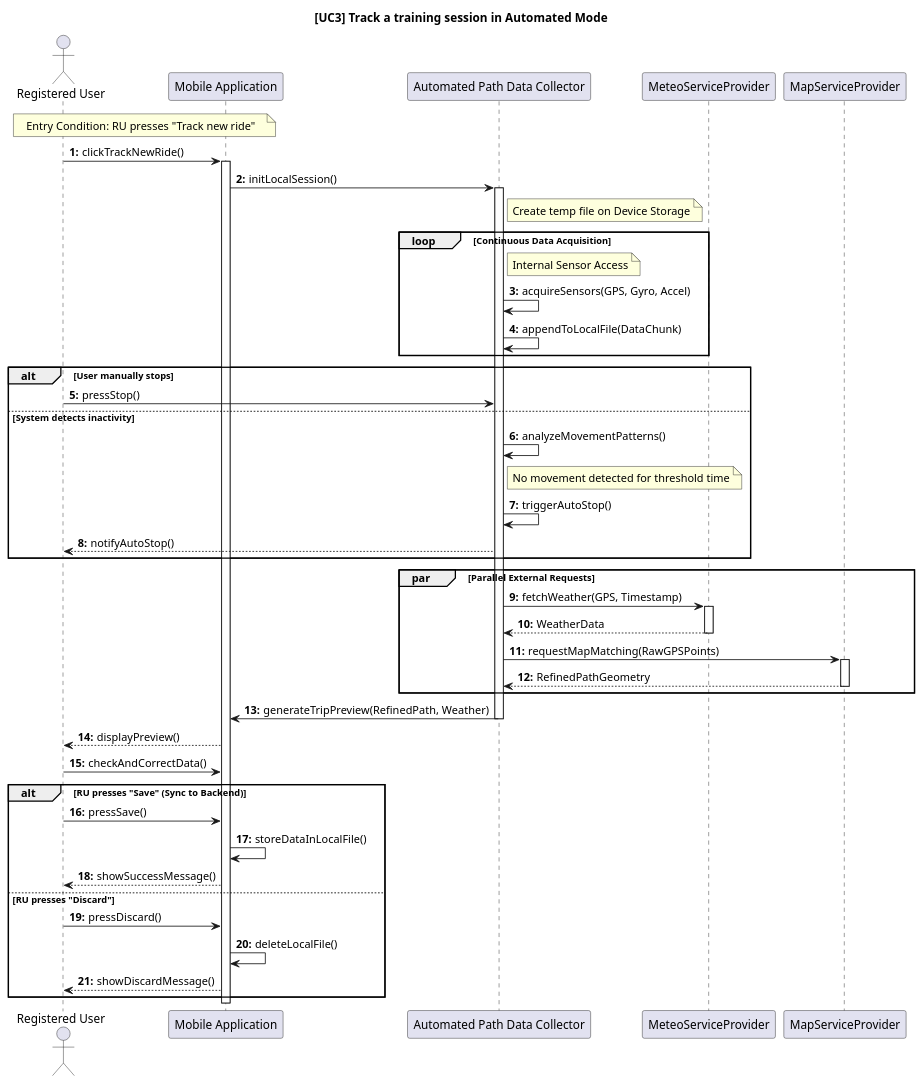
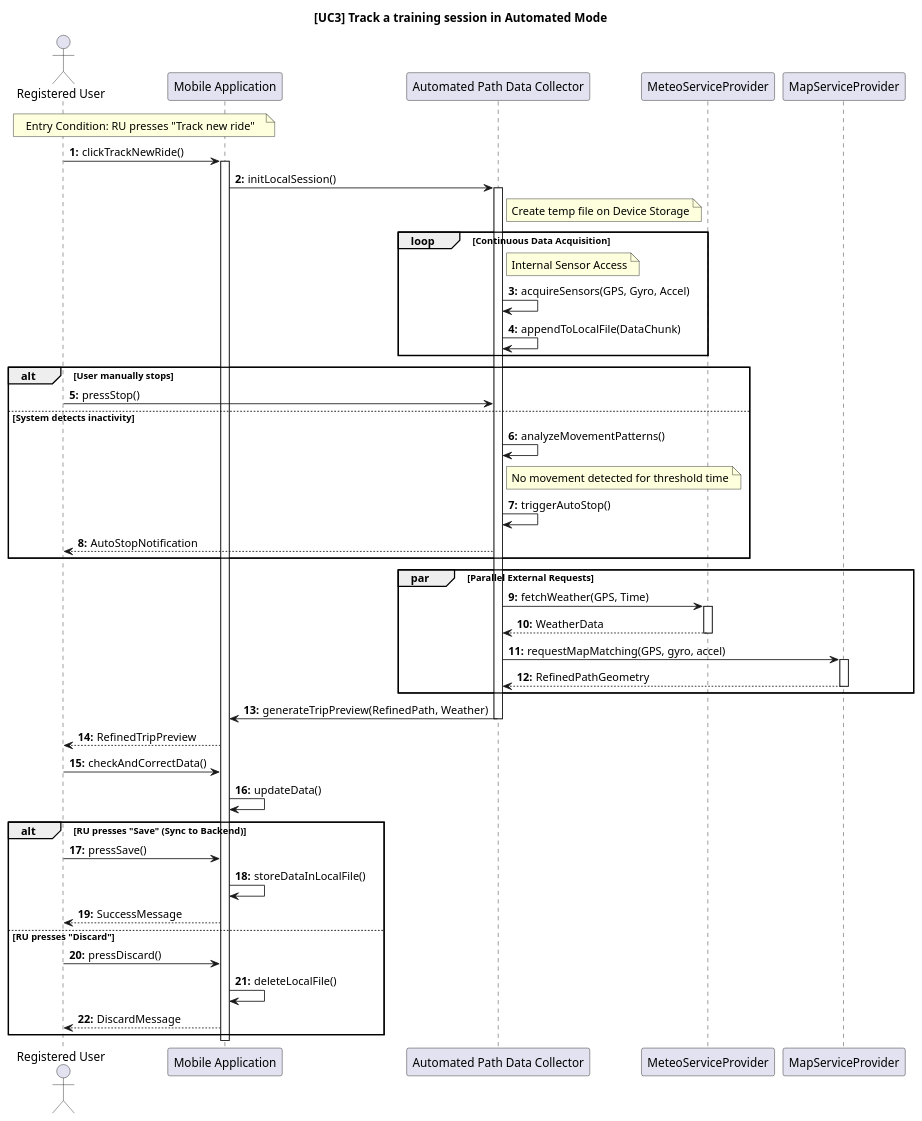
Before and after one commit to ilevinci/RubinoUvinsiVinciguerra: the diagram in DD/sequencediagrams/usecase3.puml, drawn with PlantUML. The commit also changed 8 other files, not shown here.

Commit message:
further refactoring of DD sequence diagrams, more consistency of return values

```diff
--- a/DD/sequencediagrams/usecase3.puml
+++ b/DD/sequencediagrams/usecase3.puml
@@ -1,96 +1,97 @@
 @startuml UC3_TrackAutomatedRide_Final
 autonumber "<b>0:"
 title [UC3] Track a training session in Automated Mode
 
 ' =======================================================
 ' COMPONENT DEFINITION
 ' =======================================================
 actor "Registered User" as RU
 participant "Mobile Application" as Client
 participant "Automated Path Data Collector" as APDC
 
 ' Servizi Esterni (Chiamati direttamente dal Client)
 participant "MeteoServiceProvider" as Meteo
 participant "MapServiceProvider" as Map
 
 ' =======================================================
 ' ENTRY CONDITION
 ' =======================================================
 note over RU, Client: Entry Condition: RU presses "Track new ride"
 
 ' =======================================================
 ' (a) START TRACKING
 ' =======================================================
 RU -> Client: clickTrackNewRide()
 activate Client
 
 Client -> APDC: initLocalSession()
 note right of APDC: Create temp file on Device Storage
 
 ' =======================================================
 ' (b), (c) LOCAL ACQUISITION LOOP
 ' =======================================================
 activate APDC
 loop Continuous Data Acquisition
     note right of APDC: Internal Sensor Access
     APDC -> APDC: acquireSensors(GPS, Gyro, Accel)
     APDC -> APDC: appendToLocalFile(DataChunk)
 end
 
 ' =======================================================
 ' (d) DETECT END OF ACTIVITY
 ' =======================================================
 alt User manually stops
     RU -> APDC: pressStop()
 else System detects inactivity
     APDC -> APDC: analyzeMovementPatterns()
     note right of APDC: No movement detected for threshold time
     APDC -> APDC: triggerAutoStop()
-    APDC --> RU: notifyAutoStop()
+    APDC --> RU: AutoStopNotification
 end
 
 ' =======================================================
 ' EXTERNAL REFINEMENT (Smart Client)
 ' =======================================================
 'note right of Client: Client acts as Orchestrator
 
 ' Chiamate dirette dal Client ai Servizi Esterni
 par Parallel External Requests
     ' Meteo
-    APDC -> Meteo: fetchWeather(GPS, Timestamp)
+    APDC -> Meteo: fetchWeather(GPS, Time)
     activate Meteo
     Meteo --> APDC: WeatherData
     deactivate Meteo
     
     ' Map Matching
-    APDC -> Map: requestMapMatching(RawGPSPoints)
+    APDC -> Map: requestMapMatching(GPS, gyro, accel)
     activate Map
     Map --> APDC: RefinedPathGeometry
     deactivate Map
 end par
 
 ' Generazione Preview Locale
 APDC -> Client: generateTripPreview(RefinedPath, Weather)
 deactivate
-Client --> RU: displayPreview()
+Client --> RU: RefinedTripPreview
 
 ' (f) USER VALIDATION
 RU -> Client: checkAndCorrectData()
+Client -> Client: updateData()
 
 ' =======================================================
 ' EXIT CONDITION: SAVE OR DISCARD
 ' =======================================================
 alt RU presses "Save" (Sync to Backend)
     RU -> Client: pressSave()
     
     Client -> Client: storeDataInLocalFile()
-    Client --> RU: showSuccessMessage()
+    Client --> RU: SuccessMessage
 
 else RU presses "Discard"
     RU -> Client: pressDiscard()
     Client -> Client: deleteLocalFile()
-    Client --> RU: showDiscardMessage()
+    Client --> RU: DiscardMessage
 end
 
 deactivate Client
 @enduml
```
